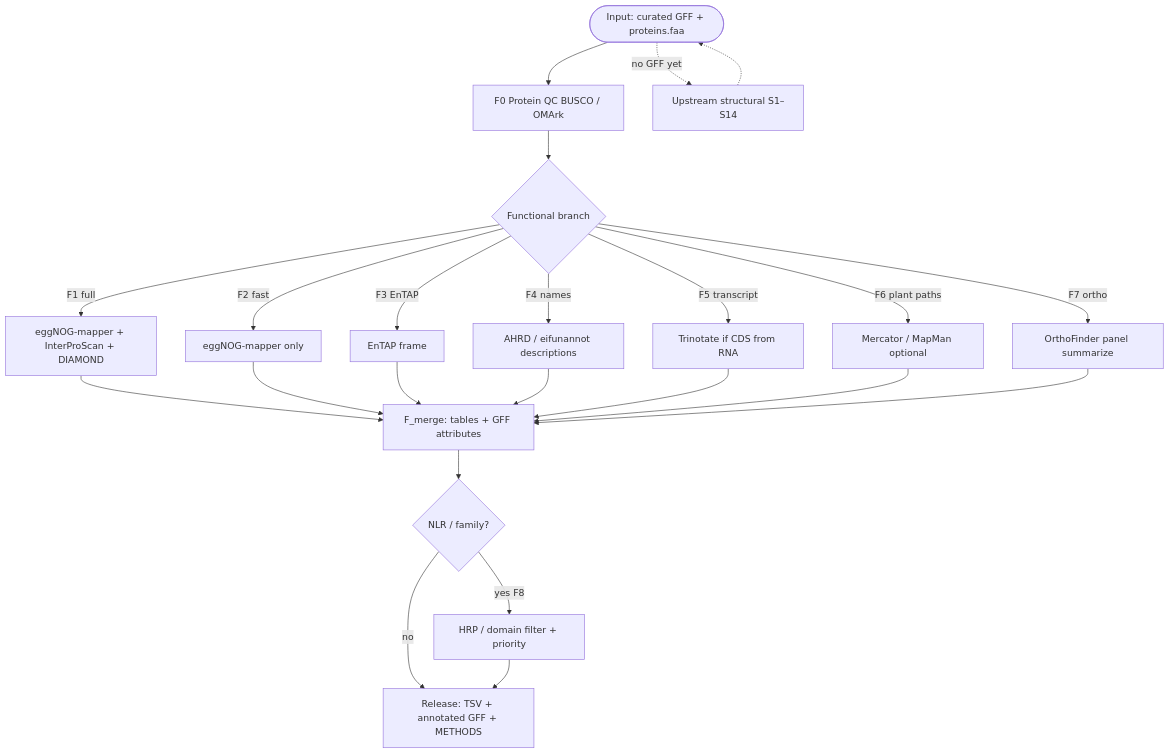
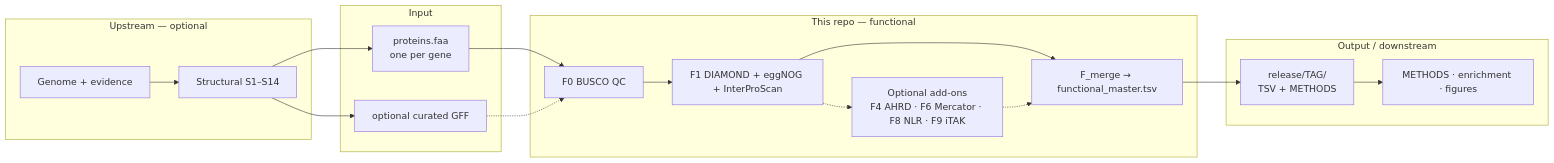
One commit to Xuzhen-Li/vitis-gene-annotation changed the diagram in README.md. Above: the diagram before and after it, drawn with Mermaid. The commit also changed other lines of this file and 1 other file, not shown here.

Commit message:
Clarify I/O and fix homepage flowchart
Add explicit upstream/input/output/downstream table; redraw mermaid
so F4/F6 are add-ons; drop unearned GFF-attribute claim.

````diff
--- a/README.md
+++ b/README.md
@@ -26,29 +40,33 @@
 ```mermaid
-flowchart TD
-  inn([Input: curated GFF + proteins.faa]) --> F0[F0 Protein QC BUSCO / OMArk]
-  F0 --> pick{Functional branch}
+flowchart LR
+  subgraph up [Upstream — optional]
+    asm[Genome + evidence]
+    struct[Structural S1–S14]
+    asm --> struct
+  end
 
-  pick -->|F1 full| F1[eggNOG-mapper + InterProScan + DIAMOND]
-  pick -->|F2 fast| F2[eggNOG-mapper only]
-  pick -->|F3 EnTAP| F3[EnTAP frame]
-  pick -->|F4 names| F4[AHRD / eifunannot descriptions]
-  pick -->|F5 transcript| F5[Trinotate if CDS from RNA]
-  pick -->|F6 plant paths| F6[Mercator / MapMan optional]
-  pick -->|F7 ortho| F7[OrthoFinder panel summarize]
+  subgraph inn [Input]
+    prot[proteins.faa<br/>one per gene]
+    gff[optional curated GFF]
+  end
 
-  F1 --> merge[F_merge: tables + GFF attributes]
-  F2 --> merge
-  F3 --> merge
-  F4 --> merge
-  F5 --> merge
-  F6 --> merge
-  F7 --> merge
+  subgraph fa [This repo — functional]
+    F0[F0 BUSCO QC]
+    F1[F1 DIAMOND + eggNOG + InterProScan]
+    add[Optional add-ons<br/>F4 AHRD · F6 Mercator · F8 NLR · F9 iTAK]
+    merge[F_merge → functional_master.tsv]
+    F0 --> F1 --> merge
+    F1 -.-> add -.-> merge
+  end
 
-  merge --> special{NLR / family?}
-  special -->|yes F8| F8[HRP / domain filter + priority]
-  special -->|no| out
-  F8 --> out[Release: TSV + annotated GFF + METHODS]
+  subgraph out [Output / downstream]
+    rel[release/TAG/<br/>TSV + METHODS]
+    use[METHODS · enrichment · figures]
+  end
 
-  inn -.->|no GFF yet| struct[Upstream structural S1–S14]
-  struct -.-> inn
+  struct --> prot
+  struct --> gff
+  prot --> F0
+  gff -.-> F0
+  merge --> rel --> use
 ```
````
